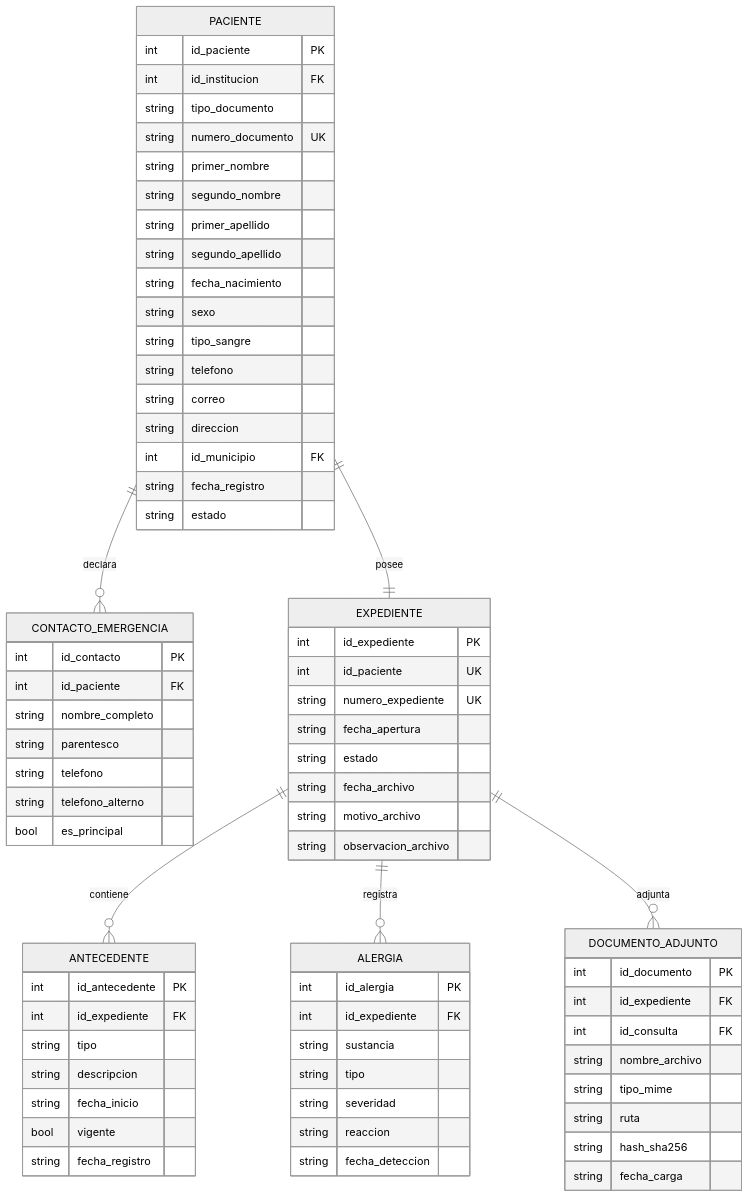
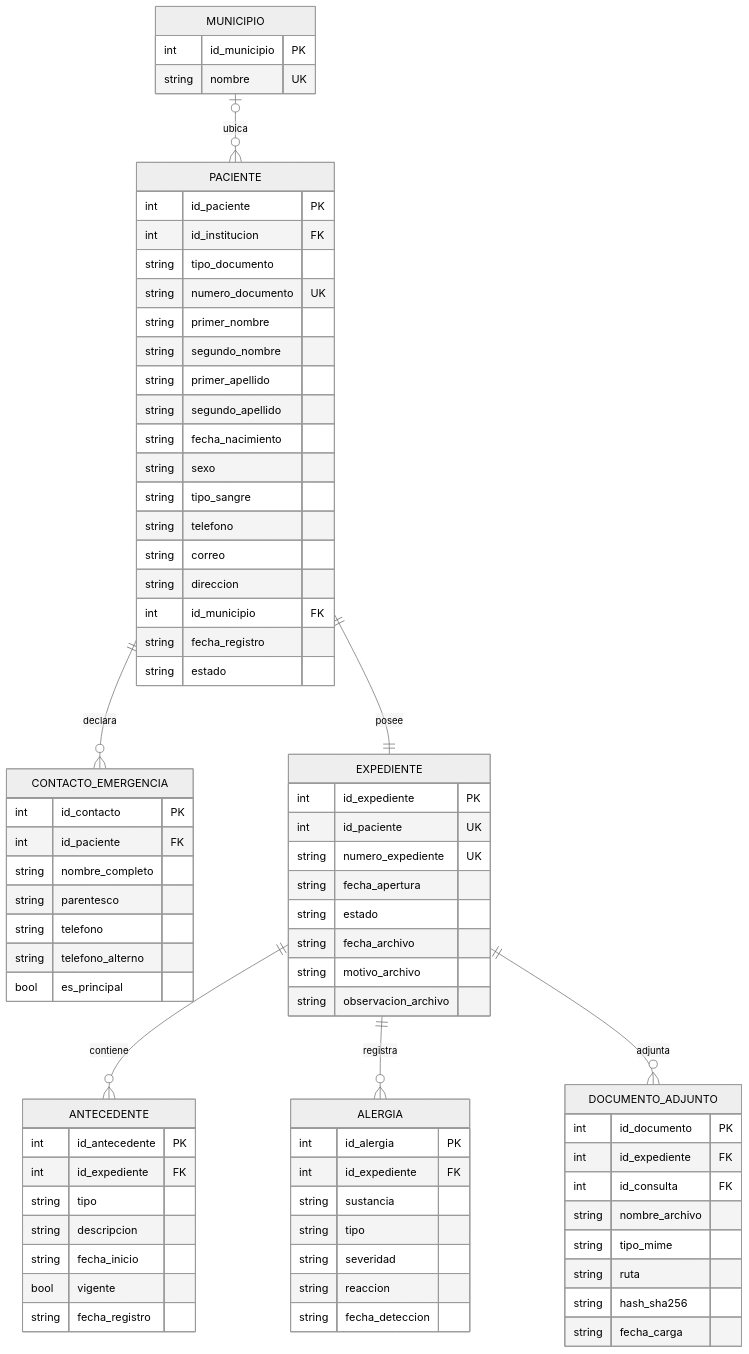
One commit to carloshugoeg/genki-health changed the diagram in docs/entregas/entrega-1/diagramas/rel-paciente-expediente.mmd. Above: the diagram before and after it, drawn with Mermaid (neutral theme). The commit also changed 15 other files, not shown here.

```diff
--- a/docs/entregas/entrega-1/diagramas/rel-paciente-expediente.mmd
+++ b/docs/entregas/entrega-1/diagramas/rel-paciente-expediente.mmd
@@ -1,83 +1,89 @@
 %% Reconstruido desde el esquema textual de la Entrega I.
 %% No es la figura PNG original del PDF.
 %% Los tipos int/string son marcadores lógicos. El supuesto 15 deja los tipos físicos para la Entrega II.
 %% Una columna UK marcada aquí es única por sí sola. Las claves únicas compuestas van en comentarios.
 
 %% Módulo de paciente y expediente. Sección 7.4. Idéntico en las dos instituciones relacionales.
+%% E1-06 (Carlos, 2026-10-14): MUNICIPIO añadido como destino de PACIENTE.id_municipio.
 erDiagram
+    MUNICIPIO {
+        int id_municipio PK
+        string nombre UK
+    }
     PACIENTE {
         int id_paciente PK
         int id_institucion FK
         string tipo_documento
         string numero_documento UK
         string primer_nombre
         string segundo_nombre
         string primer_apellido
         string segundo_apellido
         string fecha_nacimiento
         string sexo
         string tipo_sangre
         string telefono
         string correo
         string direccion
         int id_municipio FK
         string fecha_registro
         string estado
     }
     CONTACTO_EMERGENCIA {
         int id_contacto PK
         int id_paciente FK
         string nombre_completo
         string parentesco
         string telefono
         string telefono_alterno
         bool es_principal
     }
     EXPEDIENTE {
         int id_expediente PK
         int id_paciente UK
         string numero_expediente UK
         string fecha_apertura
         string estado
         string fecha_archivo
         string motivo_archivo
         string observacion_archivo
     }
     ANTECEDENTE {
         int id_antecedente PK
         int id_expediente FK
         string tipo
         string descripcion
         string fecha_inicio
         bool vigente
         string fecha_registro
     }
     ALERGIA {
         int id_alergia PK
         int id_expediente FK
         string sustancia
         string tipo
         string severidad
         string reaccion
         string fecha_deteccion
     }
     DOCUMENTO_ADJUNTO {
         int id_documento PK
         int id_expediente FK
         int id_consulta FK
         string nombre_archivo
         string tipo_mime
         string ruta
         string hash_sha256
         string fecha_carga
     }
+    MUNICIPIO |o--o{ PACIENTE : "ubica"
     PACIENTE ||--|| EXPEDIENTE : "posee"
     PACIENTE ||--o{ CONTACTO_EMERGENCIA : "declara"
     EXPEDIENTE ||--o{ ANTECEDENTE : "contiene"
     EXPEDIENTE ||--o{ ALERGIA : "registra"
     EXPEDIENTE ||--o{ DOCUMENTO_ADJUNTO : "adjunta"
 %% UK compuesta: ALERGIA (id_expediente, sustancia).
 %% UK de búsqueda: PACIENTE (id_institucion, numero_documento). El asterisco de 7.4 está sobre numero_documento.
-%% id_municipio apunta a un catálogo MUNICIPIO que no está entre las 58 entidades. No se dibujó esa tabla.
+%% MUNICIPIO es catálogo geográfico (sección 4 / E1-06). id_municipio en PACIENTE es opcional.
 %% id_paciente en EXPEDIENTE es FK y UK. Implementa el 1:1.
 %% edad e IMC no se almacenan.
```
